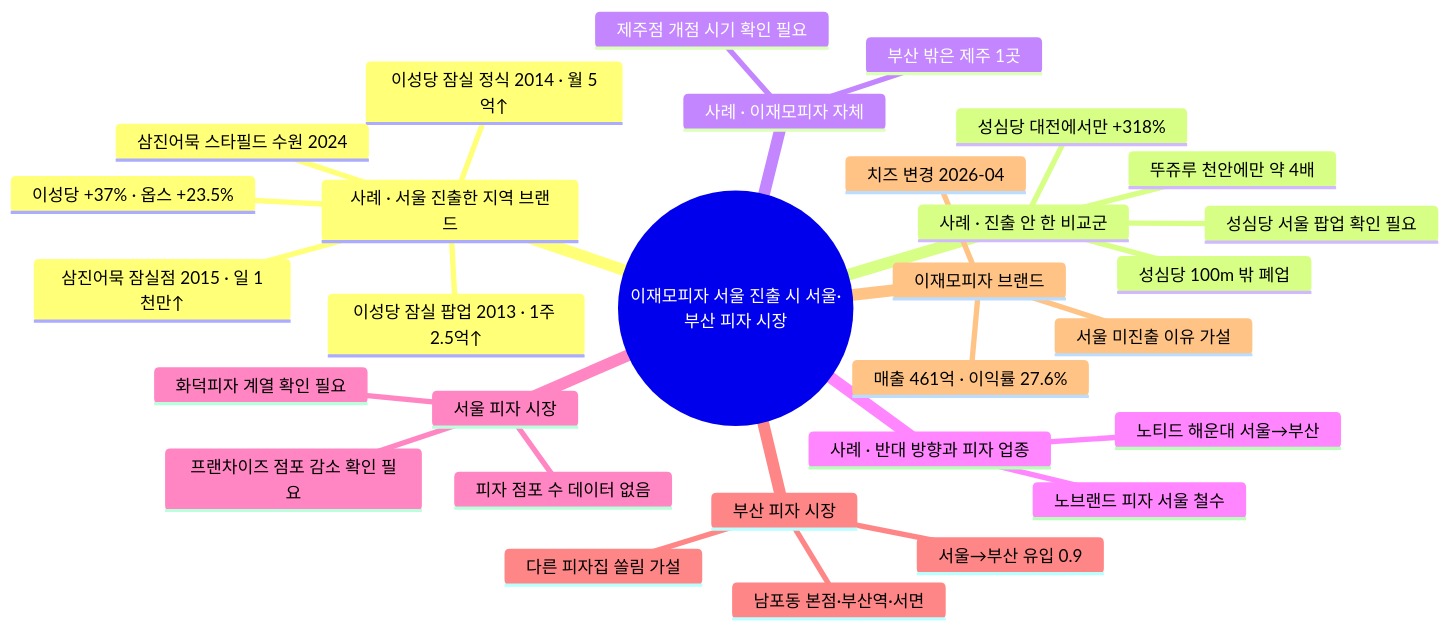
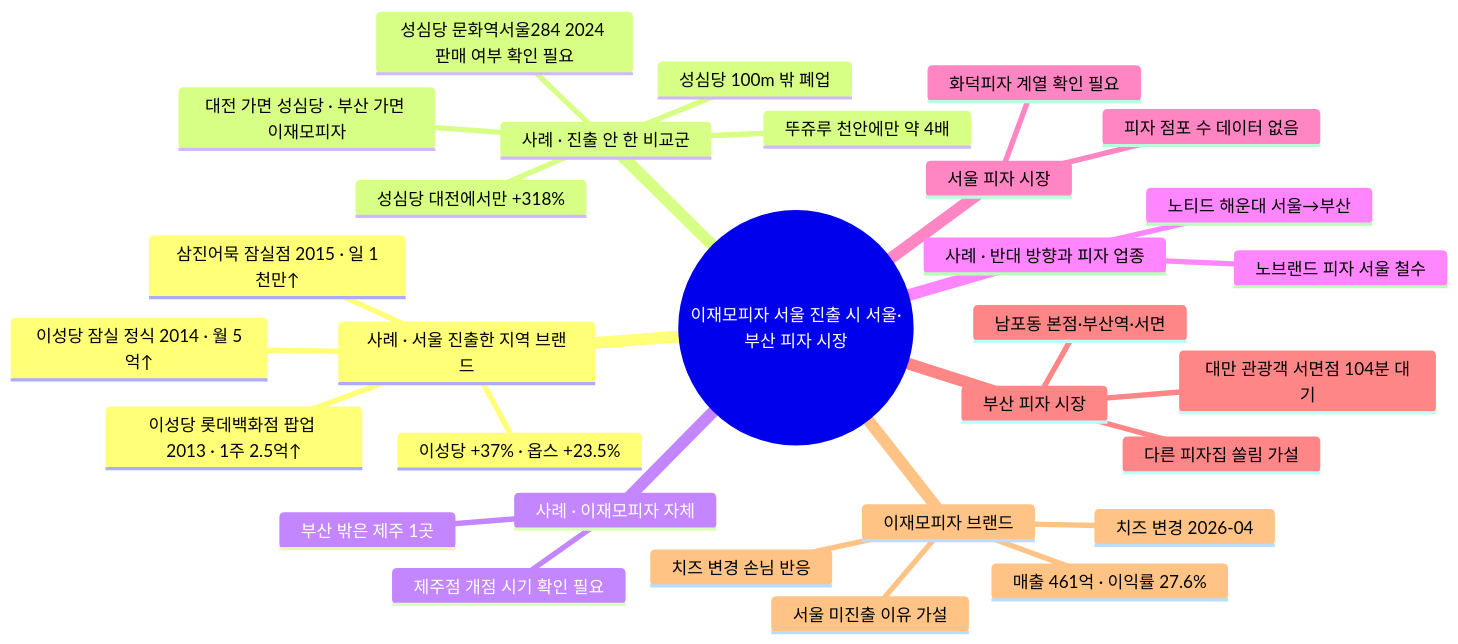
The diagram in keyword-map.md (swntwt4b58-ai/busan_02), drawn with Mermaid before and after one commit. The commit also changed other lines of this file and 2 other files, not shown here.

````diff
--- a/keyword-map.md
+++ b/keyword-map.md
@@ -94,33 +123,33 @@
 ```mermaid
 mindmap
   root((이재모피자 서울 진출 시 서울·부산 피자 시장))
     사례 · 서울 진출한 지역 브랜드
-      이성당 잠실 팝업 2013 · 1주 2.5억↑
+      이성당 롯데백화점 팝업 2013 · 1주 2.5억↑
       이성당 잠실 정식 2014 · 월 5억↑
       삼진어묵 잠실점 2015 · 일 1천만↑
-      삼진어묵 스타필드 수원 2024
       이성당 +37% · 옵스 +23.5%
     사례 · 진출 안 한 비교군
       성심당 대전에서만 +318%
-      성심당 서울 팝업 확인 필요
+      성심당 문화역서울284 2024 판매 여부 확인 필요
       뚜쥬루 천안에만 약 4배
+      대전 가면 성심당 · 부산 가면 이재모피자
       성심당 100m 밖 폐업
     사례 · 이재모피자 자체
       제주점 개점 시기 확인 필요
       부산 밖은 제주 1곳
     사례 · 반대 방향과 피자 업종
       노티드 해운대 서울→부산
       노브랜드 피자 서울 철수
     서울 피자 시장
       화덕피자 계열 확인 필요
       피자 점포 수 데이터 없음
-      프랜차이즈 점포 감소 확인 필요
     부산 피자 시장
       남포동 본점·부산역·서면
       다른 피자집 쏠림 가설
-      서울→부산 유입 0.9
+      대만 관광객 서면점 104분 대기
     이재모피자 브랜드
       매출 461억 · 이익률 27.6%
       서울 미진출 이유 가설
       치즈 변경 2026-04
+      치즈 변경 손님 반응
 ```
````
